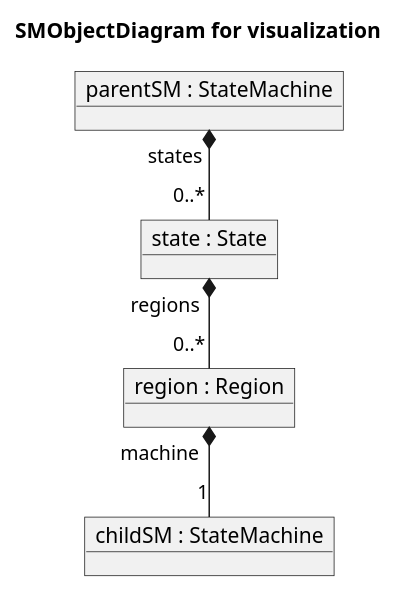
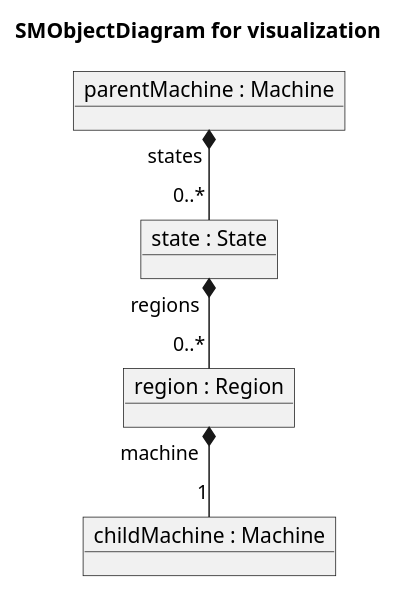
The first of 3 diagrams in packages/hisma/doc/dev/diagrams/child_to_parent_callbacks.plantuml (tamas-p/hisma), drawn with PlantUML before and after one commit. The commit also changed other lines of this file and 3 other files, not shown here.

```diff
--- a/packages/hisma/doc/dev/diagrams/child_to_parent_callbacks.plantuml
+++ b/packages/hisma/doc/dev/diagrams/child_to_parent_callbacks.plantuml
@@ -1,13 +1,13 @@
 @startuml sm_object diagram
 title SMObjectDiagram for visualization
 
-object "parentSM : StateMachine" as parentSM
+object "parentMachine : Machine" as parent
 object "state : State" as state
 object "region : Region" as region
-object "childSM : StateMachine" as child
+object "childMachine : Machine" as child
 
-parentSM "states" *-- "0..*" state
+parent "states" *-- "0..*" state
 state "regions" *-- "0..*" region
 region "machine" *-- "1" child
 
 @enduml
```
